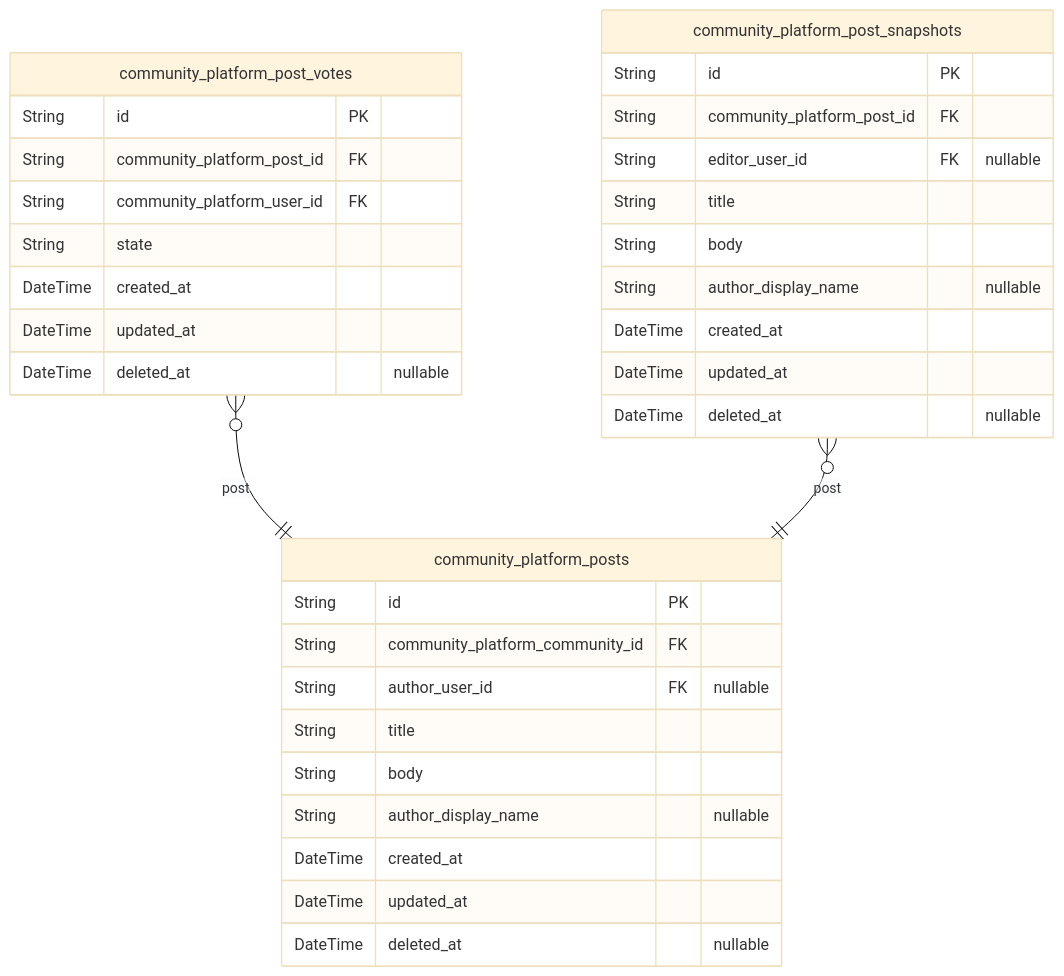
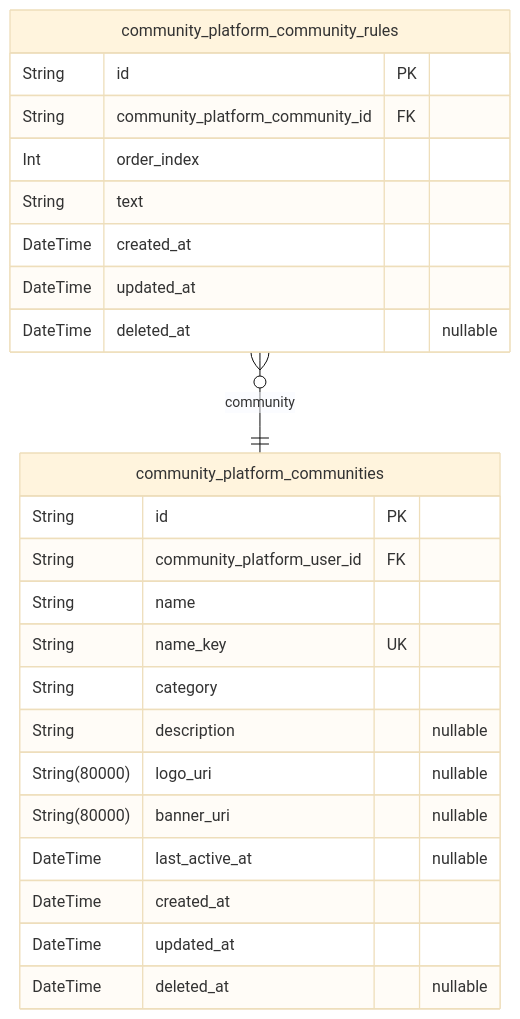
The third of 6 diagrams in docs/ERD.md (wrtnlabs/autobe-example-reddit-openai-gpt-5), drawn with Mermaid (base theme) before and after one commit. The commit also changed other lines of this file and 721 other files, not shown here.

````diff
--- a/docs/ERD.md
+++ b/docs/ERD.md
@@ -530,36 +236,27 @@
 ```mermaid
 erDiagram
-"community_platform_posts" {
+"community_platform_communities" {
   String id PK
-  String community_platform_community_id FK
-  String author_user_id FK "nullable"
-  String title
-  String body
-  String author_display_name "nullable"
+  String community_platform_user_id FK
+  String name
+  String name_key UK
+  String category
+  String description "nullable"
+  String(80000) logo_uri "nullable"
+  String(80000) banner_uri "nullable"
+  DateTime last_active_at "nullable"
   DateTime created_at
   DateTime updated_at
   DateTime deleted_at "nullable"
 }
-"community_platform_post_votes" {
+"community_platform_community_rules" {
   String id PK
-  String community_platform_post_id FK
-  String community_platform_user_id FK
-  String state
+  String community_platform_community_id FK
+  Int order_index
+  String text
   DateTime created_at
   DateTime updated_at
   DateTime deleted_at "nullable"
 }
-"community_platform_post_snapshots" {
-  String id PK
-  String community_platform_post_id FK
-  String editor_user_id FK "nullable"
-  String title
-  String body
-  String author_display_name "nullable"
-  DateTime created_at
-  DateTime updated_at
-  DateTime deleted_at "nullable"
-}
-"community_platform_post_votes" }o--|| "community_platform_posts" : post
-"community_platform_post_snapshots" }o--|| "community_platform_posts" : post
+"community_platform_community_rules" }o--|| "community_platform_communities" : community
 ```
````
